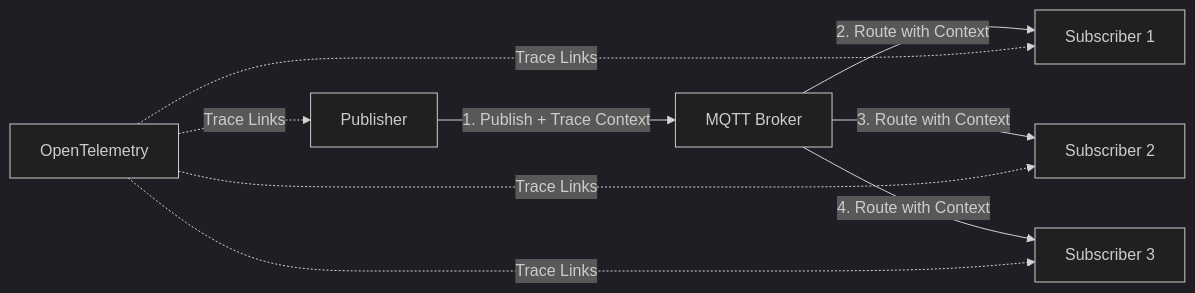
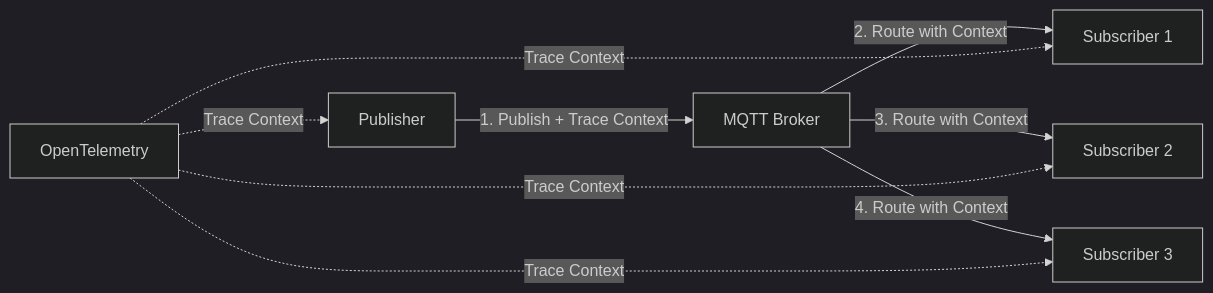
The diagram in posts/2026-02-06-instrument-go-mqtt-clients-opentelemetry/README.md (OneUptime/blog), drawn with Mermaid (dark theme) before and after one commit. The commit also changed other lines of this file and 2 other files, not shown here.

````diff
--- a/posts/2026-02-06-instrument-go-mqtt-clients-opentelemetry/README.md
+++ b/posts/2026-02-06-instrument-go-mqtt-clients-opentelemetry/README.md
@@ -17,12 +17,12 @@
 ```mermaid
 graph LR
     A[Publisher] -->|1. Publish + Trace Context| B[MQTT Broker]
     B -->|2. Route with Context| C[Subscriber 1]
     B -->|3. Route with Context| D[Subscriber 2]
     B -->|4. Route with Context| E[Subscriber 3]
 
-    F[OpenTelemetry] -.->|Trace Links| A
-    F -.->|Trace Links| C
-    F -.->|Trace Links| D
-    F -.->|Trace Links| E
+    F[OpenTelemetry] -.->|Trace Context| A
+    F -.->|Trace Context| C
+    F -.->|Trace Context| D
+    F -.->|Trace Context| E
 ```
````
